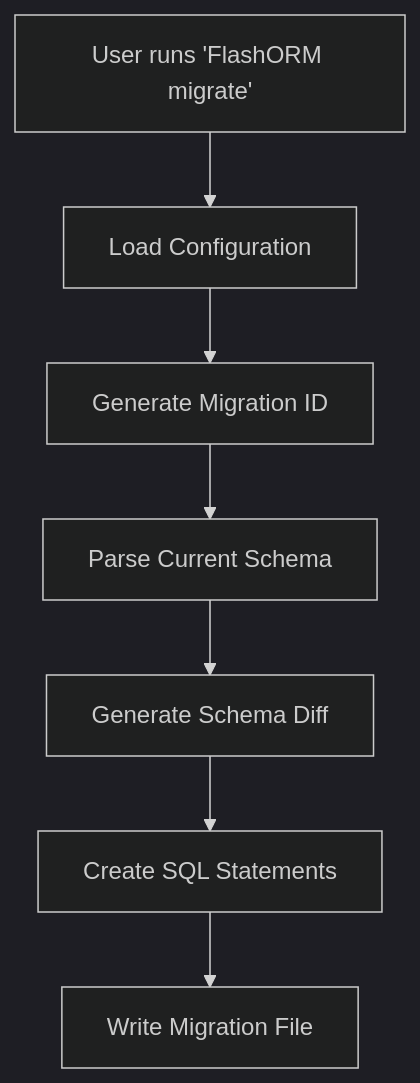
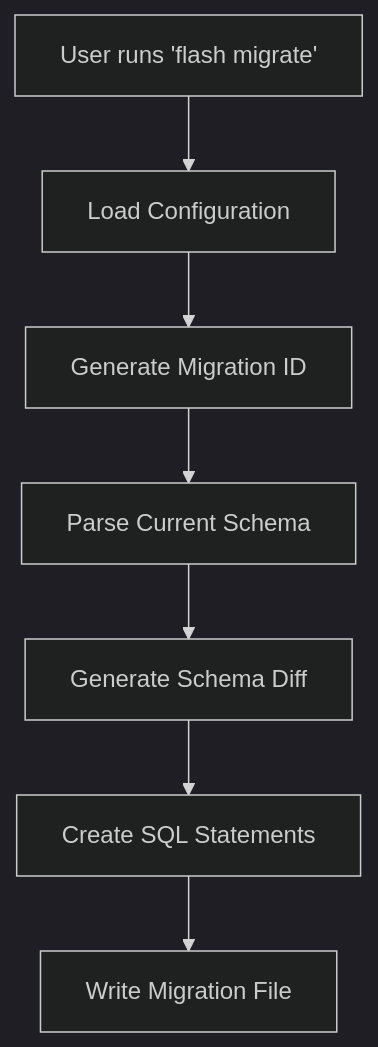
Before and after one commit to rosab0506/flash: the first of 2 diagrams in docs/HOW_IT_WORKS.md, drawn with Mermaid (dark theme). The commit also changed other lines of this file and 5 other files, not shown here.

````diff
--- a/docs/HOW_IT_WORKS.md
+++ b/docs/HOW_IT_WORKS.md
@@ -259,9 +259,9 @@
 ```mermaid
 graph TD
-    A[User runs 'FlashORM migrate'] --> B[Load Configuration]
+    A[User runs 'flash migrate'] --> B[Load Configuration]
     B --> C[Generate Migration ID]
     C --> D[Parse Current Schema]
     D --> E[Generate Schema Diff]
     E --> F[Create SQL Statements]
     F --> G[Write Migration File]
 ```
````
